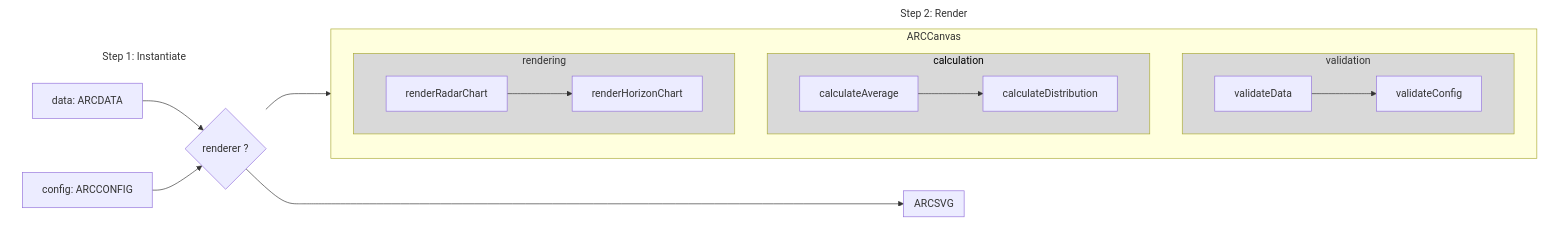
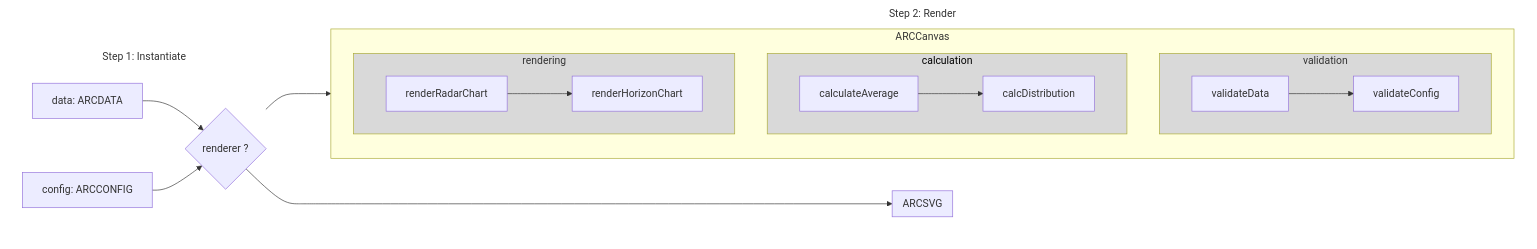
The diagram in packages/augmented-radar-chart/README.md (DataVizU/augmented-radar-chart), drawn with Mermaid before and after one commit. The commit also changed 6 other files, not shown here.

````diff
--- a/packages/augmented-radar-chart/README.md
+++ b/packages/augmented-radar-chart/README.md
@@ -20,34 +20,34 @@
 ```mermaid
 flowchart LR
 
     subgraph Step1[Step 1: Instantiate]
         A[data: ARCDATA] --> B{renderer ?}
         C[config: ARCCONFIG] --> B
     end
 
     subgraph ARCSVG
     end
 
     subgraph Step2[Step 2: Render]
         B --> ARCSVG
         B --> ARCCanvas
     end
 
     subgraph ARCCanvas
         subgraph F[validation]
             G[validateData] --> H[validateConfig]
         end
         subgraph I[calculation]
-            J[calculateAverage] --> K[calculateDistribution]
+            J[calculateAverage] --> K[calcDistribution]
         end
         subgraph L[rendering]
             M[renderRadarChart] --> N[renderHorizonChart]
         end
     end
 
     style L fill:#D9D9D9
     style I color:#000000,fill:#D9D9D9
     style F fill:#D9D9D9
     style Step2 fill:#FFFFFF,stroke-width:0px
     style Step1 fill:#FFFFFF,stroke-width:0px
 ```
````
